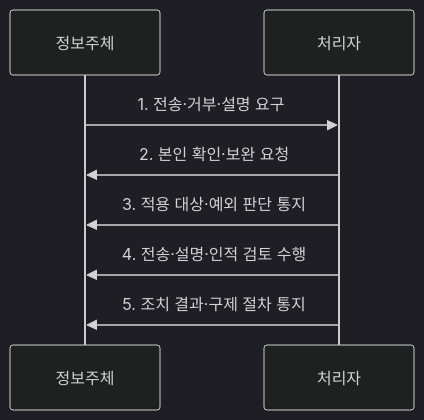
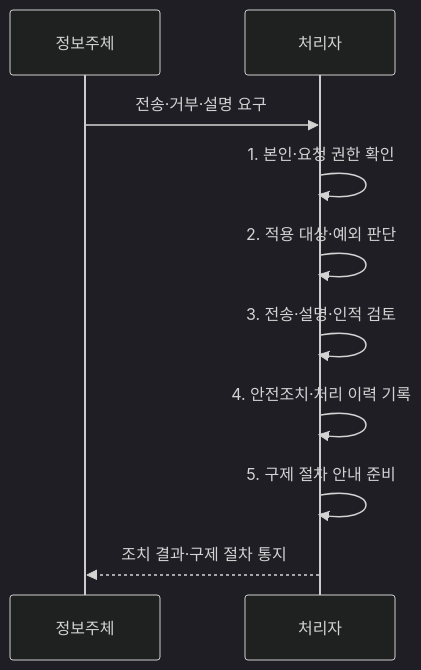
Before and after one commit to agnusdei1207/knowledge-base: the second of 2 diagrams in src/content/docs/notes/07-law-policy/023_pipa_2023_amendment.md, drawn with Mermaid (dark theme). The commit also changed other lines of this file and 20 other files, not shown here.

````diff
--- a/src/content/docs/notes/07-law-policy/023_pipa_2023_amendment.md
+++ b/src/content/docs/notes/07-law-policy/023_pipa_2023_amendment.md
@@ -78,10 +78,12 @@
 ```mermaid
 sequenceDiagram
     participant 정보주체
     participant 처리자
-    정보주체->>처리자: 1. 전송·거부·설명 요구
-    처리자->>정보주체: 2. 본인 확인·보완 요청
-    처리자->>정보주체: 3. 적용 대상·예외 판단 통지
-    처리자->>정보주체: 4. 전송·설명·인적 검토 수행
-    처리자->>정보주체: 5. 조치 결과·구제 절차 통지
+    정보주체->>처리자: 전송·거부·설명 요구
+    처리자->>처리자: 1. 본인·요청 권한 확인
+    처리자->>처리자: 2. 적용 대상·예외 판단
+    처리자->>처리자: 3. 전송·설명·인적 검토
+    처리자->>처리자: 4. 안전조치·처리 이력 기록
+    처리자->>처리자: 5. 구제 절차 안내 준비
+    처리자-->>정보주체: 조치 결과·구제 절차 통지
 ```
````
